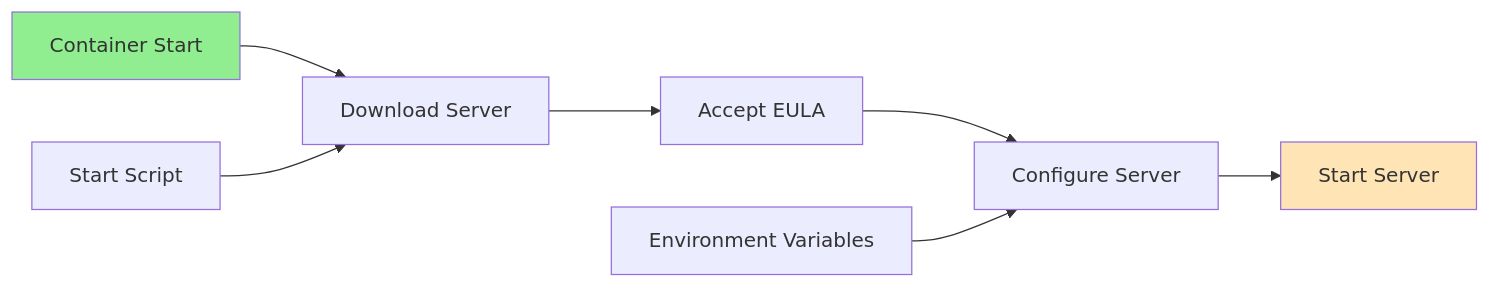
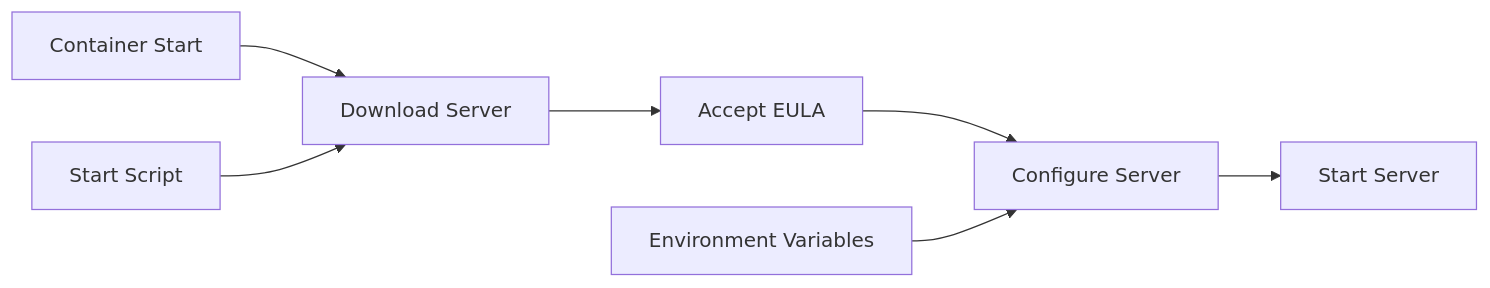
One commit to 4gh0rn/dev-blog changed the fourth of 9 diagrams in docs/projects/minecraft-server.md. Above: the diagram before and after it, drawn with Mermaid. The commit also changed other lines of this file and 17 other files, not shown here.

````diff
--- a/docs/projects/minecraft-server.md
+++ b/docs/projects/minecraft-server.md
@@ -136,13 +127,10 @@
 ```mermaid
 graph LR
     A[Container Start] --> B[Download Server]
     B --> C[Accept EULA]
     C --> D[Configure Server]
     D --> E[Start Server]
     
     F[Environment Variables] --> D
     G[Start Script] --> B
-    
-    style A fill:#90EE90
-    style E fill:#FFE4B5
 ```
````
